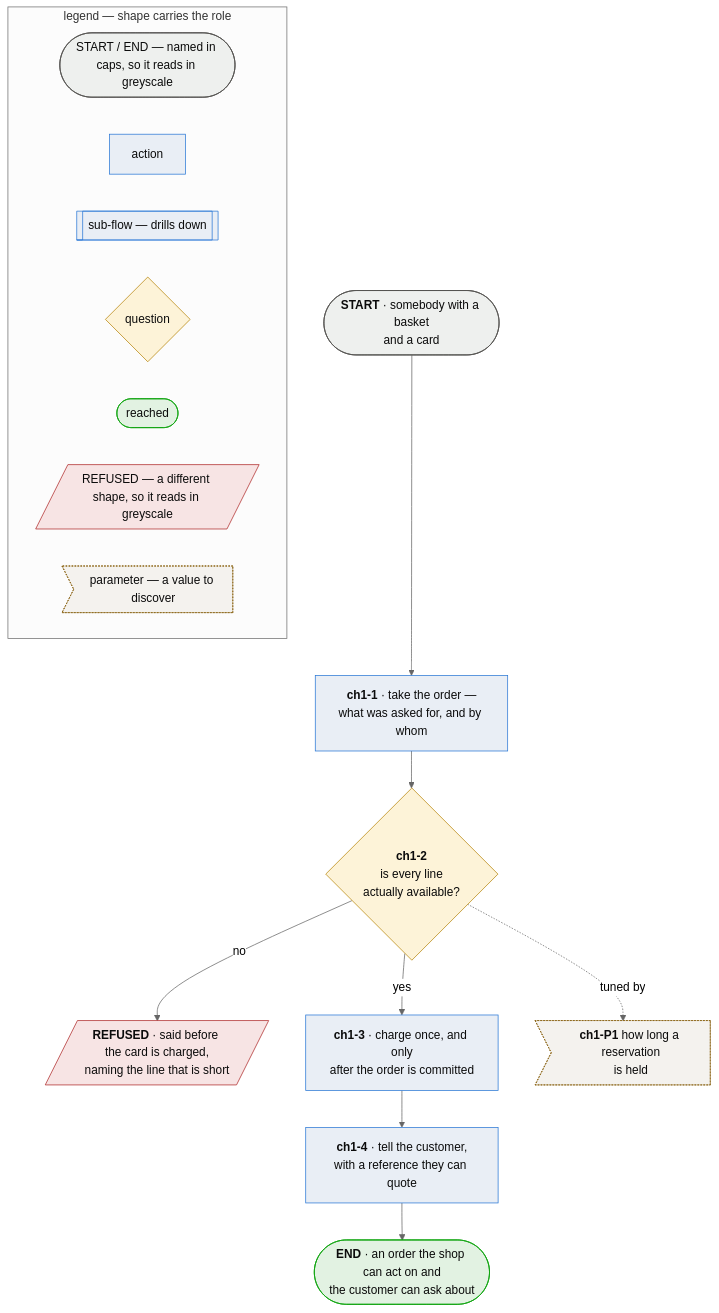
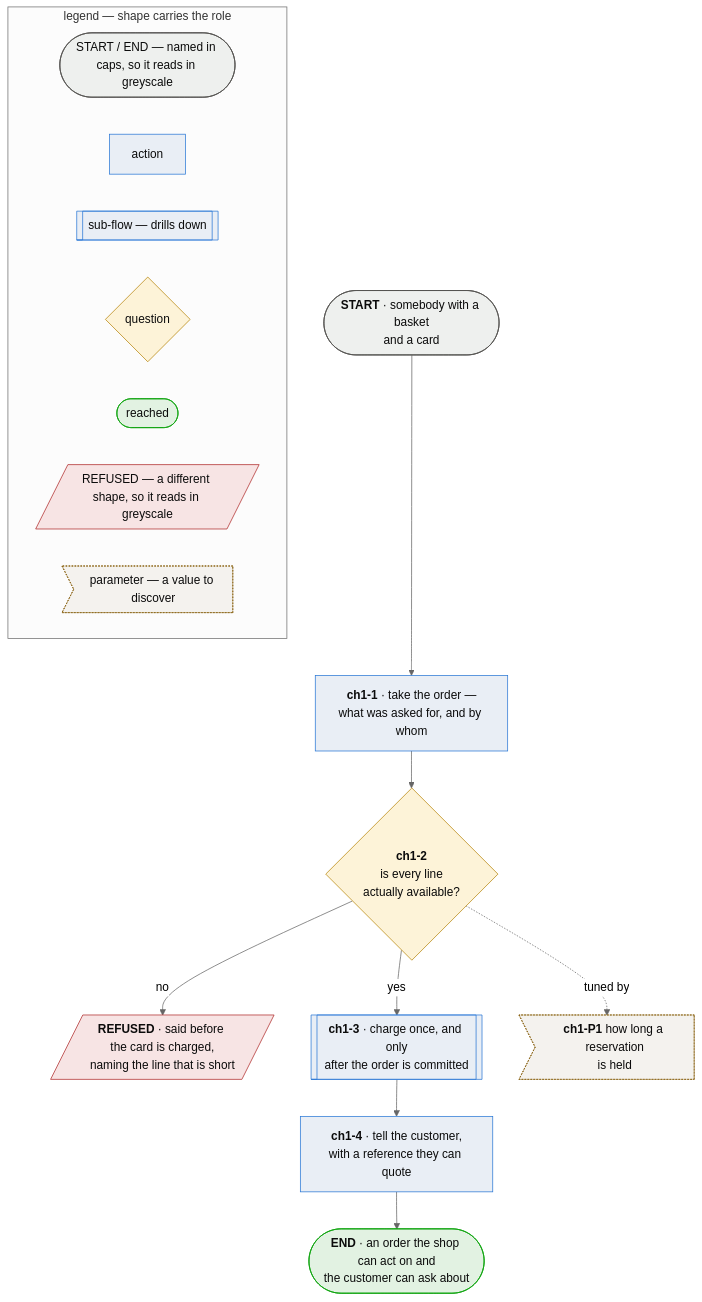
The diagram in docs/example/spec/diagrams/chapter-01-ordering.md (plumbspec/goldspec), drawn with Mermaid (neutral theme) before and after one commit. The commit also changed other lines of this file and 11 other files, not shown here.

````diff
--- a/docs/example/spec/diagrams/chapter-01-ordering.md
+++ b/docs/example/spec/diagrams/chapter-01-ordering.md
@@ -12,38 +12,38 @@
 ```mermaid
 flowchart TD
     START([<b>START</b> · somebody with a basket<br/>and a card]):::terminal
 
     TAKE[<b>ch1-1</b> · take the order —<br/>what was asked for, and by whom]:::process
     STOCK{<b>ch1-2</b><br/>is every line<br/>actually available?}:::question
     SHORT[/<b>REFUSED</b> · said before the card is charged,<br/>naming the line that is short/]:::bad
 
-    CHARGE[<b>ch1-3</b> · charge once, and only<br/>after the order is committed]:::process
+    CHARGE[[<b>ch1-3</b> · charge once, and only<br/>after the order is committed]]:::subroutine
     TELL[<b>ch1-4</b> · tell the customer,<br/>with a reference they can quote]:::process
     DONE([<b>END</b> · an order the shop can act on and<br/>the customer can ask about]):::good
 
     START --> TAKE --> STOCK
     STOCK -->|no| SHORT
     STOCK -->|yes| CHARGE --> TELL --> DONE
 
     P1>"<b>ch1-P1</b> how long a reservation<br/>is held"]:::parameter
     STOCK -.tuned by.-> P1
 
     subgraph LEGEND["legend — shape carries the role"]
         direction LR
         LT([START / END — named in caps, so it reads in greyscale]):::terminal
         LA[action]:::process
         LS[[sub-flow — drills down]]:::subroutine
         LD{question}:::question
         LG([reached]):::good
         LB[/REFUSED — a different shape, so it reads in greyscale/]:::bad
-        LP>parameter — a value to discover]:::parameter
+        LP>"parameter — a value to discover"]:::parameter
     end
 
     classDef terminal fill:#eef0ee,stroke:#52514e,color:#0b0b0b;
     classDef process fill:#e9eef5,stroke:#2a78d6,color:#0b0b0b;
     classDef question fill:#fdf3d8,stroke:#b8860b,color:#0b0b0b;
     classDef subroutine fill:#e9eef5,stroke:#2a78d6,color:#0b0b0b;
     classDef good fill:#e2f2e2,stroke:#0ca30c,color:#0b0b0b;
     classDef bad fill:#f7e4e4,stroke:#b02a2a,color:#0b0b0b;
     classDef parameter fill:#f4f2ee,stroke:#8a6212,color:#0b0b0b,stroke-dasharray:2 2;
 ```
````
